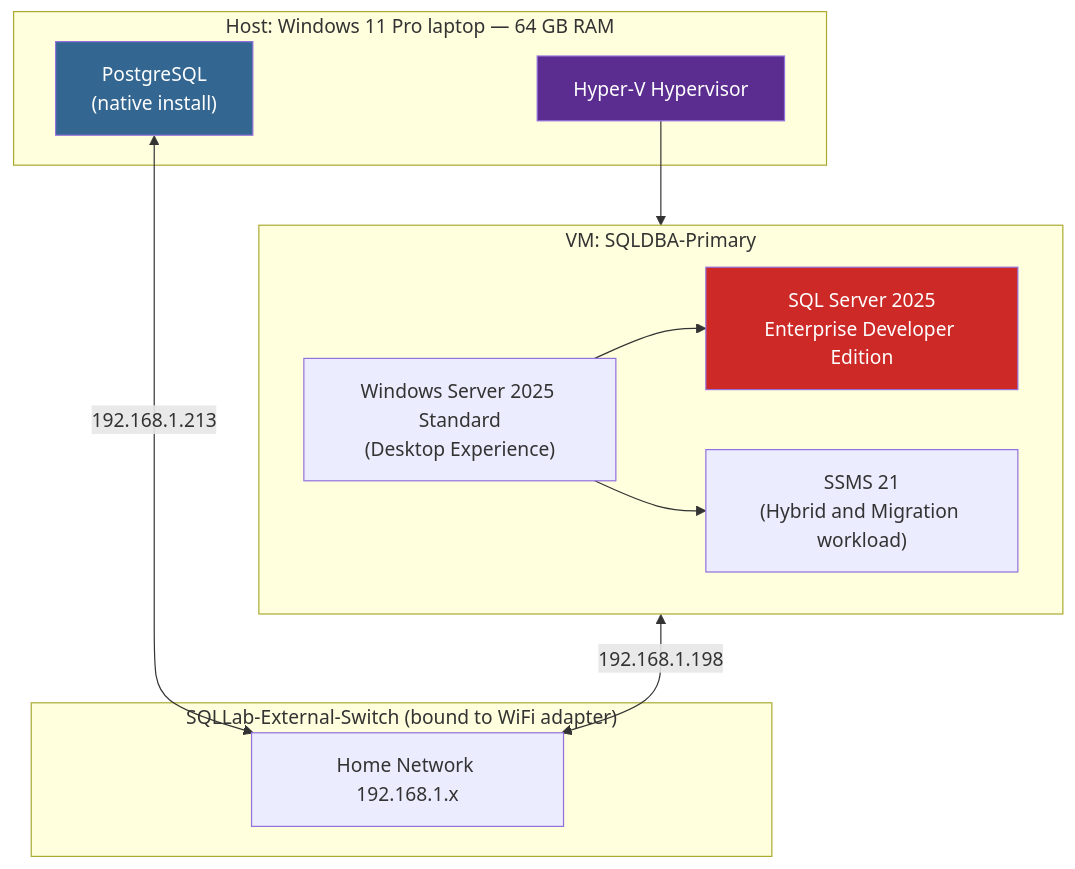
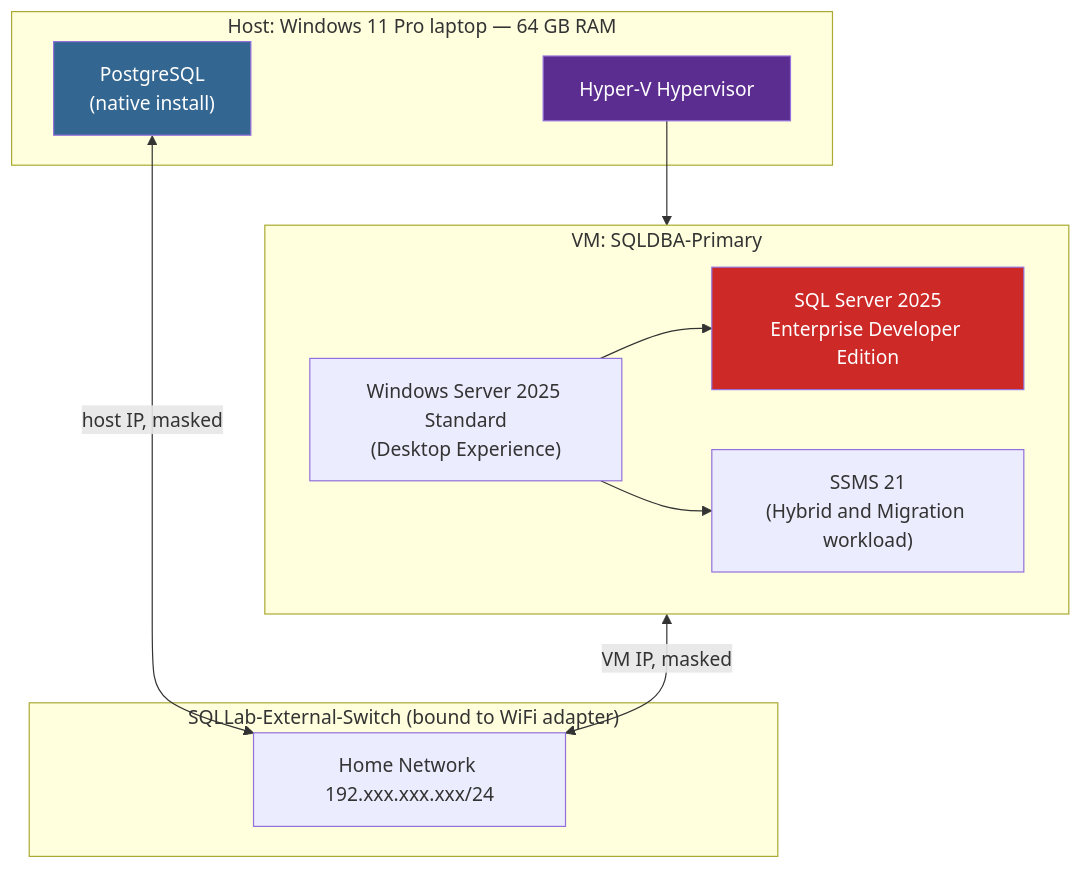
One commit to aryobeen007/sqlserver-postgresql-migration changed the diagram in docs/phase-1-assessment-environment-prep.md. Above: the diagram before and after it, drawn with Mermaid. The commit also changed other lines of this file, not shown here.

````diff
--- a/docs/phase-1-assessment-environment-prep.md
+++ b/docs/phase-1-assessment-environment-prep.md
@@ -13,27 +13,27 @@
 ```mermaid
 graph TB
     subgraph HOST["Host: Windows 11 Pro laptop — 64 GB RAM"]
         PG["PostgreSQL<br/>(native install)"]
         HV["Hyper-V Hypervisor"]
     end
 
     subgraph SWITCH["SQLLab-External-Switch (bound to WiFi adapter)"]
-        NET["Home Network 192.168.1.x"]
+        NET["Home Network 192.xxx.xxx.xxx/24"]
     end
 
     subgraph VM1["VM: SQLDBA-Primary"]
         OS["Windows Server 2025 Standard<br/>(Desktop Experience)"]
         SQL["SQL Server 2025<br/>Enterprise Developer Edition"]
         SSMS["SSMS 21<br/>(Hybrid and Migration workload)"]
         OS --> SQL
         OS --> SSMS
     end
 
     HV --> VM1
-    PG <-->|192.168.1.213| NET
-    VM1 <-->|192.168.1.198| NET
+    PG <-->|host IP, masked| NET
+    VM1 <-->|VM IP, masked| NET
 
     style PG fill:#336791,color:#fff
     style SQL fill:#CC2927,color:#fff
     style HV fill:#5C2D91,color:#fff
 ```
````
